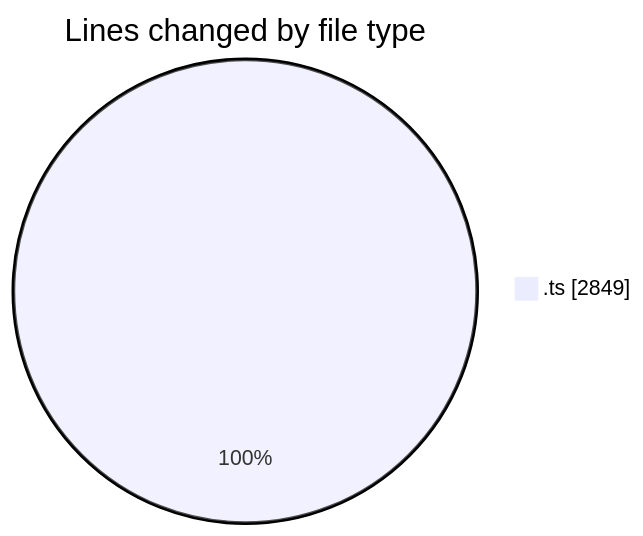
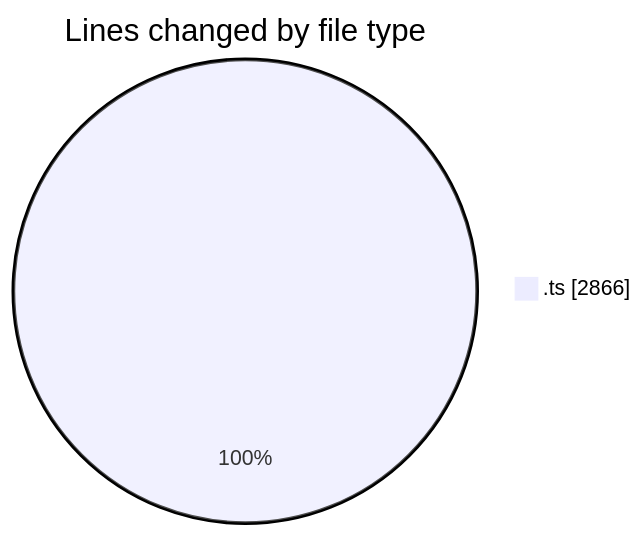
The first of 2 diagrams in 2025-06-24/cda/README.md (momahboobian/code-tracking), drawn with Mermaid before and after one commit. The commit also changed other lines of this file and 1 other file, not shown here.

````diff
--- a/2025-06-24/cda/README.md
+++ b/2025-06-24/cda/README.md
@@ -24,5 +24,5 @@
 ```mermaid
 pie showData
 title Lines changed by file type
-".ts" : 2849
+".ts" : 2866
 ```
````
